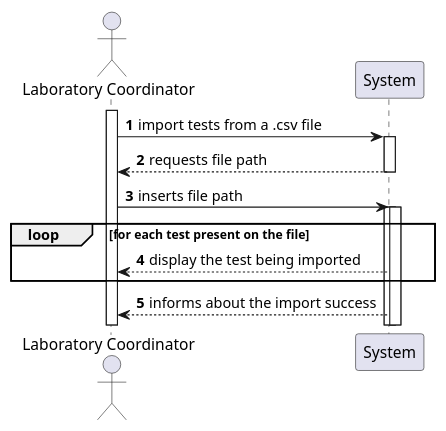
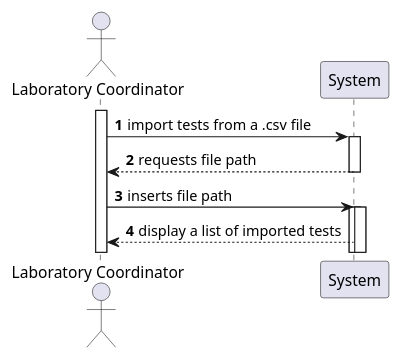
Before and after one commit to 0franciscor/lei-21-s2-1de-g19: the diagram in docs/SprintD/US17/US17-SSD.puml, drawn with PlantUML. The commit also changed 11 other files, not shown here.

```diff
--- a/docs/SprintD/US17/US17-SSD.puml
+++ b/docs/SprintD/US17/US17-SSD.puml
@@ -1,17 +1,13 @@
 @startuml
 autonumber
 
 actor "Laboratory Coordinator" as labC
 activate labC
 
 labC -> System ++: import tests from a .csv file
 System --> labC --: requests file path
 labC -> System ++: inserts file path
 activate System
-loop for each test present on the file
-System -->  labC : display the test being imported
-end
-System --> labC : informs about the import success
-
+System -->  labC : display a list of imported tests
 
 @enduml
```
